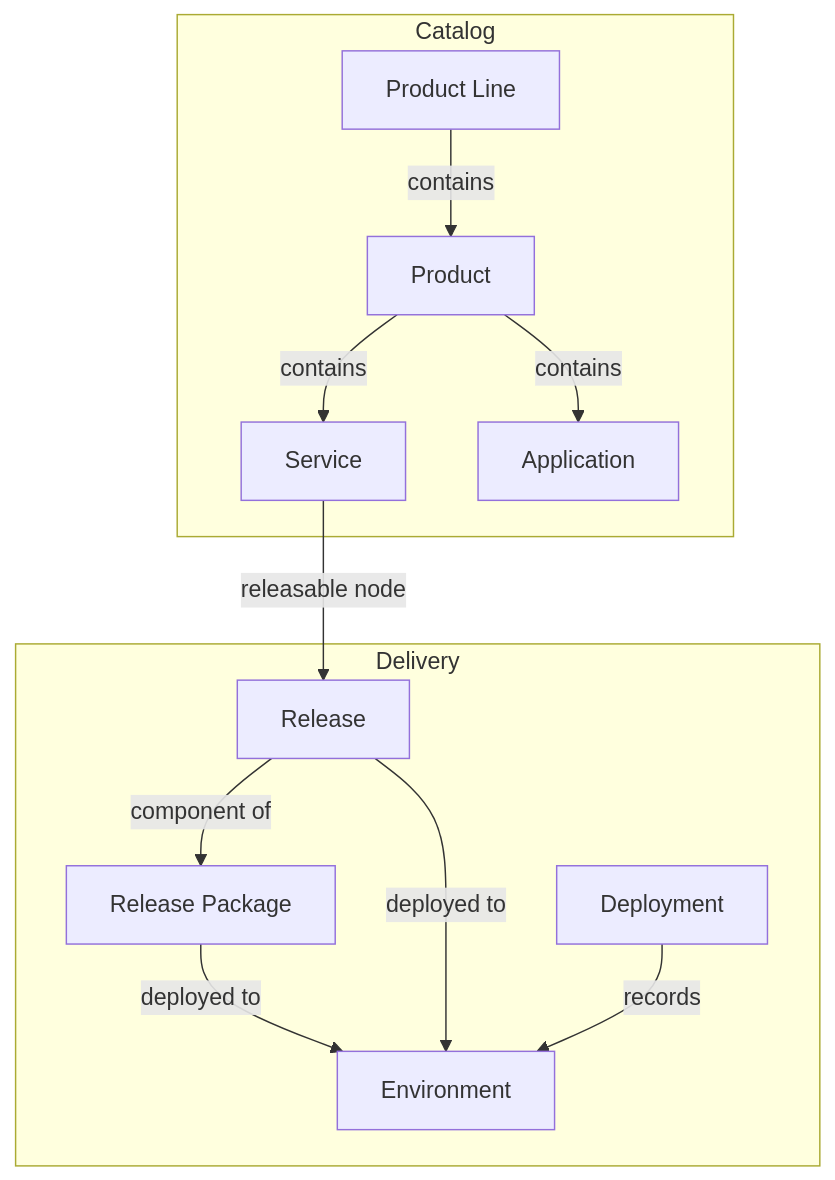
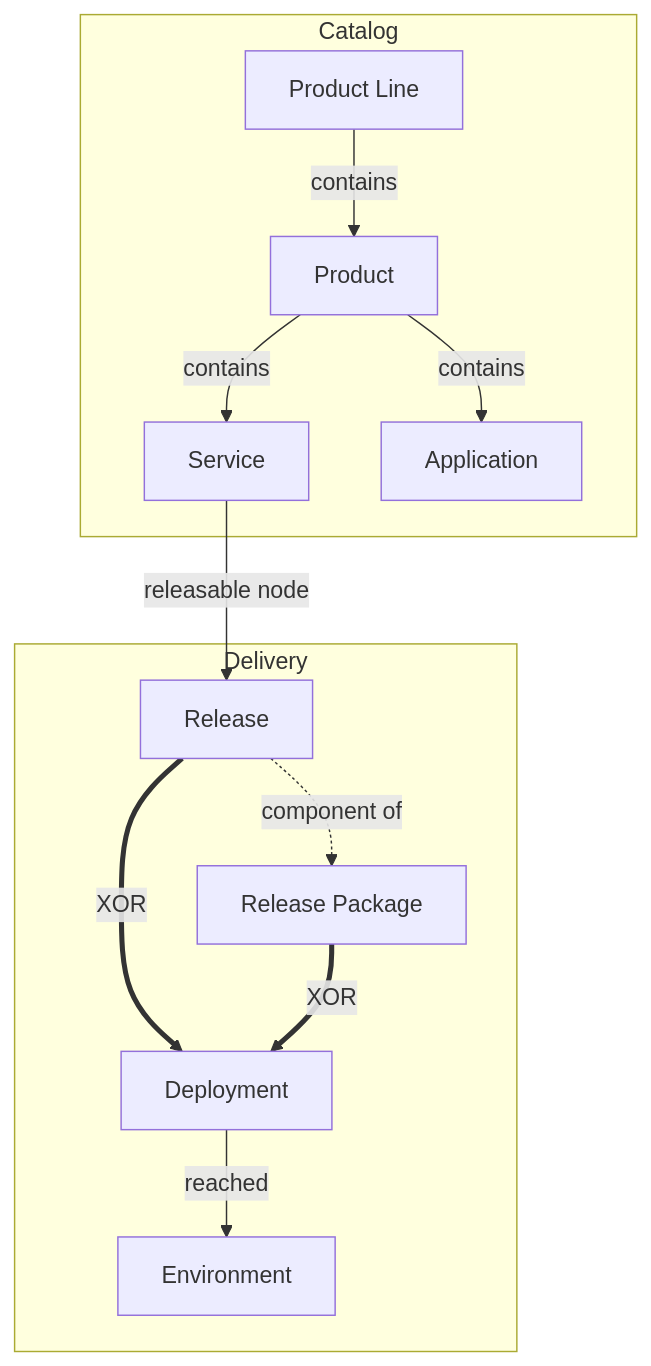
One commit to destacey/Wayd changed the diagram in docs/user-guide/product-management/index.mdx. Above: the diagram before and after it, drawn with Mermaid. The commit also changed other lines of this file and 3 other files, not shown here.

````diff
--- a/docs/user-guide/product-management/index.mdx
+++ b/docs/user-guide/product-management/index.mdx
@@ -26,24 +26,24 @@
 ```mermaid
 graph TD
     subgraph "Catalog"
         PL["Product Line"]
         P["Product"]
         S["Service"]
         A["Application"]
     end
     subgraph "Delivery"
         R["Release"]
         Pkg["Release Package"]
         D["Deployment"]
         Env["Environment"]
     end
 
     PL -->|contains| P
     P -->|contains| S
     P -->|contains| A
     S -->|releasable node| R
-    R -->|component of| Pkg
-    Pkg -->|deployed to| Env
-    R -->|deployed to| Env
-    D -->|records| Env
+    R -.->|component of| Pkg
+    R ==>|XOR| D
+    Pkg ==>|XOR| D
+    D -->|reached| Env
 ```
````
